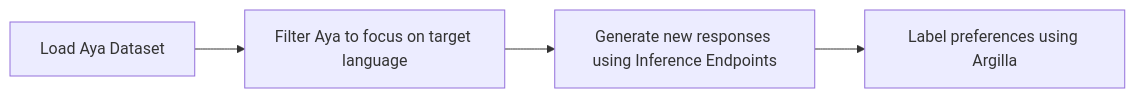
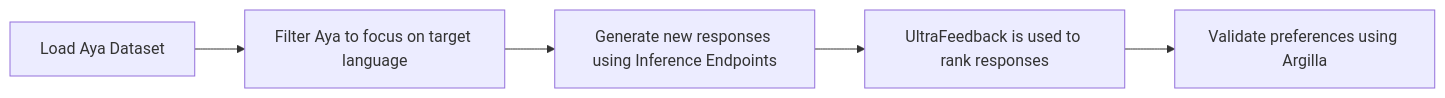
Before and after one commit to huggingface/data-is-better-together: the diagram in dpo/instructions.md, drawn with Mermaid.

Commit message:
Update instructions.md with UltraFeedback step

````diff
--- a/dpo/instructions.md
+++ b/dpo/instructions.md
@@ -5,6 +5,7 @@
 ```mermaid
 graph LR
 A[Load Aya Dataset] --> B[Filter Aya to focus on target language]
 B --> C[Generate new responses using Inference Endpoints]
-C --> D[Label preferences using Argilla]
+C --> D[UltraFeedback is used to rank responses]
+D --> E[Validate preferences using Argilla]
 ```
````
